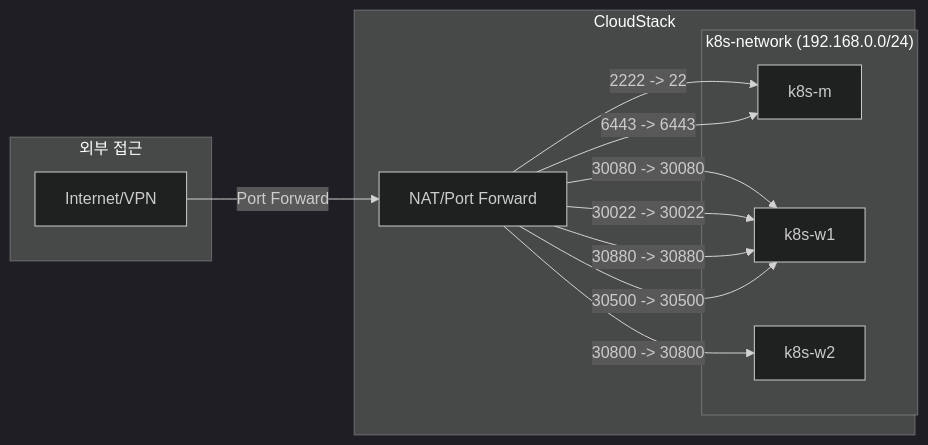
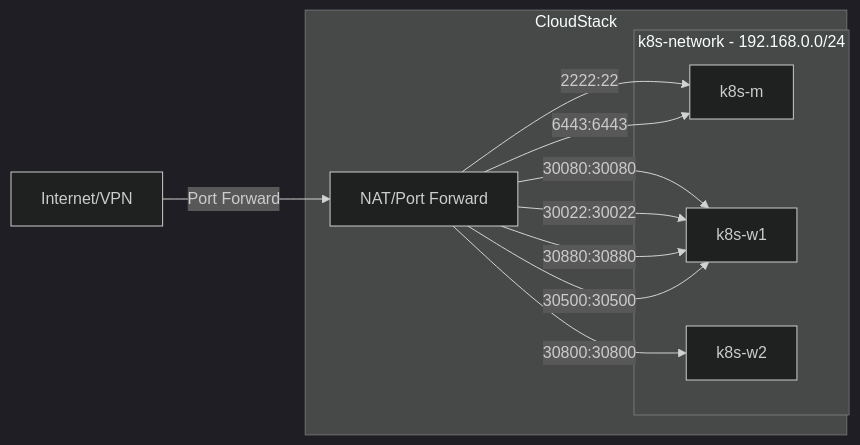
Before and after one commit to DvwN-Lee/k8s-cicd-automation: the second of 2 diagrams in README.md, drawn with Mermaid (dark theme). The commit also changed other lines of this file, not shown here.

````diff
--- a/README.md
+++ b/README.md
@@ -115,25 +195,22 @@
 ```mermaid
 graph LR
-    subgraph External["외부 접근"]
-        Internet["Internet/VPN"]
-    end
+    Internet["Internet/VPN"] -->|Port Forward| NAT
 
-    subgraph CloudStack["CloudStack"]
-        NAT["NAT/Port Forward<br/><YOUR_PUBLIC_IP>"]
+    subgraph CloudStack
+        NAT["NAT/Port Forward"]
 
-        subgraph K8sNetwork["k8s-network (192.168.0.0/24)"]
-            Master["k8s-m<br/><MASTER_IP>"]
-            W1["k8s-w1<br/><WORKER1_IP>"]
-            W2["k8s-w2<br/><WORKER2_IP>"]
+        subgraph Network["k8s-network - 192.168.0.0/24"]
+            Master["k8s-m"]
+            W1["k8s-w1"]
+            W2["k8s-w2"]
         end
     end
 
-    Internet -->|Port Forward| NAT
-    NAT -->|"2222 -> 22"| Master
-    NAT -->|"30080 -> 30080"| W1
-    NAT -->|"30022 -> 30022"| W1
-    NAT -->|"30880 -> 30880"| W1
-    NAT -->|"30500 -> 30500"| W1
-    NAT -->|"6443 -> 6443"| Master
-    NAT -->|"30800 -> 30800"| W2
+    NAT -->|"2222:22"| Master
+    NAT -->|"6443:6443"| Master
+    NAT -->|"30080:30080"| W1
+    NAT -->|"30022:30022"| W1
+    NAT -->|"30880:30880"| W1
+    NAT -->|"30500:30500"| W1
+    NAT -->|"30800:30800"| W2
 ```
````
